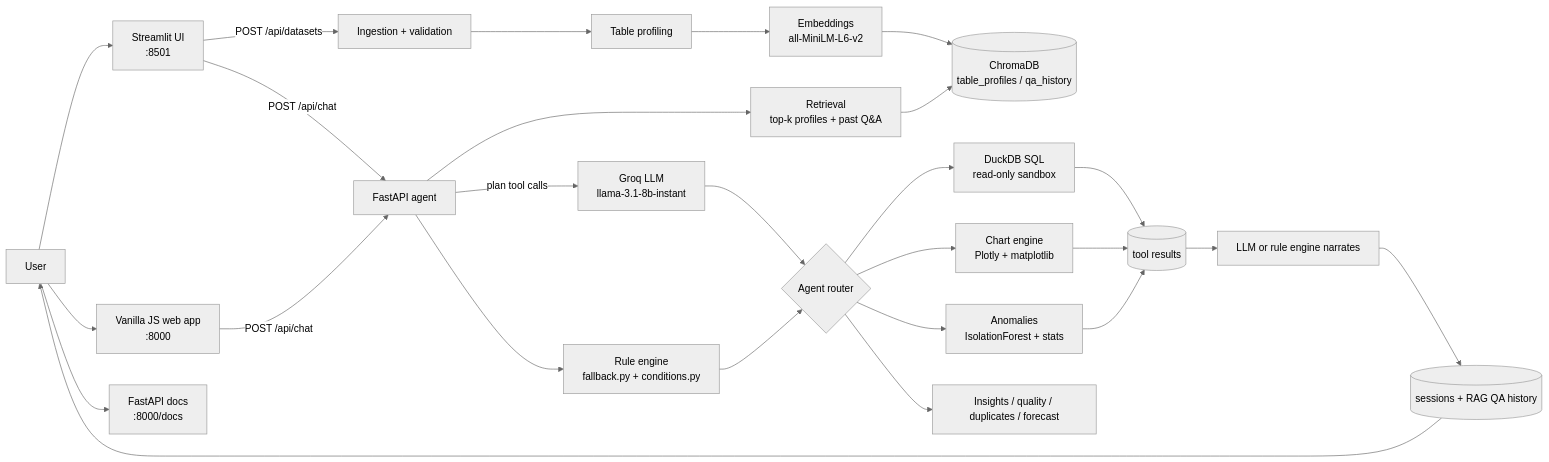
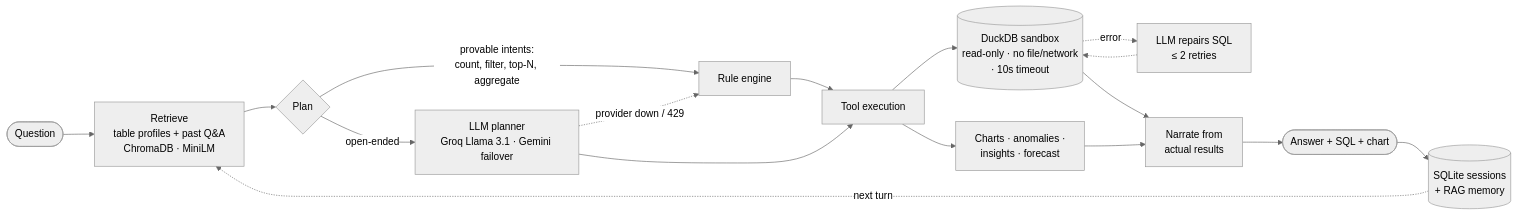
Before and after one commit to arshkalra17/QueryLens--AI-Data-Analyst: the diagram in README.md, drawn with Mermaid (neutral theme). The commit also changed other lines of this file, not shown here.

First line of the commit message:
docs: rewrite README around results, design and evaluation

````diff
--- a/README.md
+++ b/README.md
@@ -108,28 +58,18 @@
 ```mermaid
 flowchart LR
-    U[User] --> UI1[Streamlit UI<br/>:8501]
-    U --> UI2[Vanilla JS web app<br/>:8000]
-    U --> UI3[FastAPI docs<br/>:8000/docs]
-    UI1 -->|POST /api/chat| A[FastAPI agent]
-    UI2 -->|POST /api/chat| A
-    UI1 -->|POST /api/datasets| ING[Ingestion + validation]
-    ING --> PROF[Table profiling]
-    PROF --> EMB[Embeddings<br/>all-MiniLM-L6-v2]
-    EMB --> CHROMA[(ChromaDB<br/>table_profiles / qa_history)]
-    A --> RET[Retrieval<br/>top-k profiles + past Q&A]
-    RET --> CHROMA
-    A --> RULE[Rule engine<br/>fallback.py + conditions.py]
-    A -->|plan tool calls| LLM[Groq LLM<br/>llama-3.1-8b-instant]
-    LLM --> TOOLS{Agent router}
-    RULE --> TOOLS
-    TOOLS --> SQL[DuckDB SQL<br/>read-only sandbox]
-    TOOLS --> CHART[Chart engine<br/>Plotly + matplotlib]
-    TOOLS --> ANOM[Anomalies<br/>IsolationForest + stats]
-    TOOLS --> INS[Insights / quality / duplicates / forecast]
-    SQL --> RES[(tool results)]
-    CHART --> RES
-    ANOM --> RES
-    RES --> NARR[LLM or rule engine narrates]
-    NARR --> MEM[(sessions + RAG QA history)]
-    MEM --> U
+    Q([Question]) --> R[Retrieve<br/>table profiles + past Q&A<br/>ChromaDB · MiniLM]
+    R --> P{Plan}
+    P -->|provable intents:<br/>count, filter, top-N, aggregate| RE[Rule engine]
+    P -->|open-ended| LLM[LLM planner<br/>Groq Llama 3.1 · Gemini failover]
+    LLM -. provider down / 429 .-> RE
+    RE --> T[Tool execution]
+    LLM --> T
+    T --> SQL[(DuckDB sandbox<br/>read-only · no file/network<br/>· 10s timeout)]
+    SQL -. error .-> FIX[LLM repairs SQL<br/>≤ 2 retries] -.-> SQL
+    T --> OTH[Charts · anomalies ·<br/>insights · forecast]
+    SQL --> N[Narrate from<br/>actual results]
+    OTH --> N
+    N --> A([Answer + SQL + chart])
+    A --> M[(SQLite sessions<br/>+ RAG memory)]
+    M -. next turn .-> R
 ```
````
